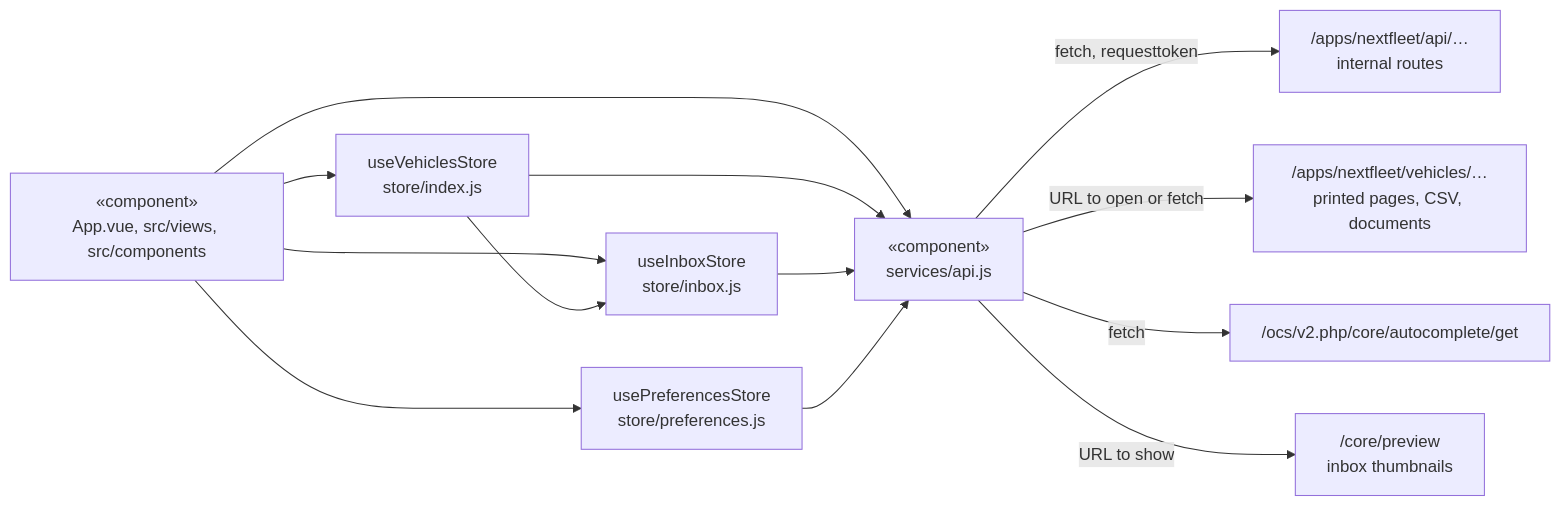
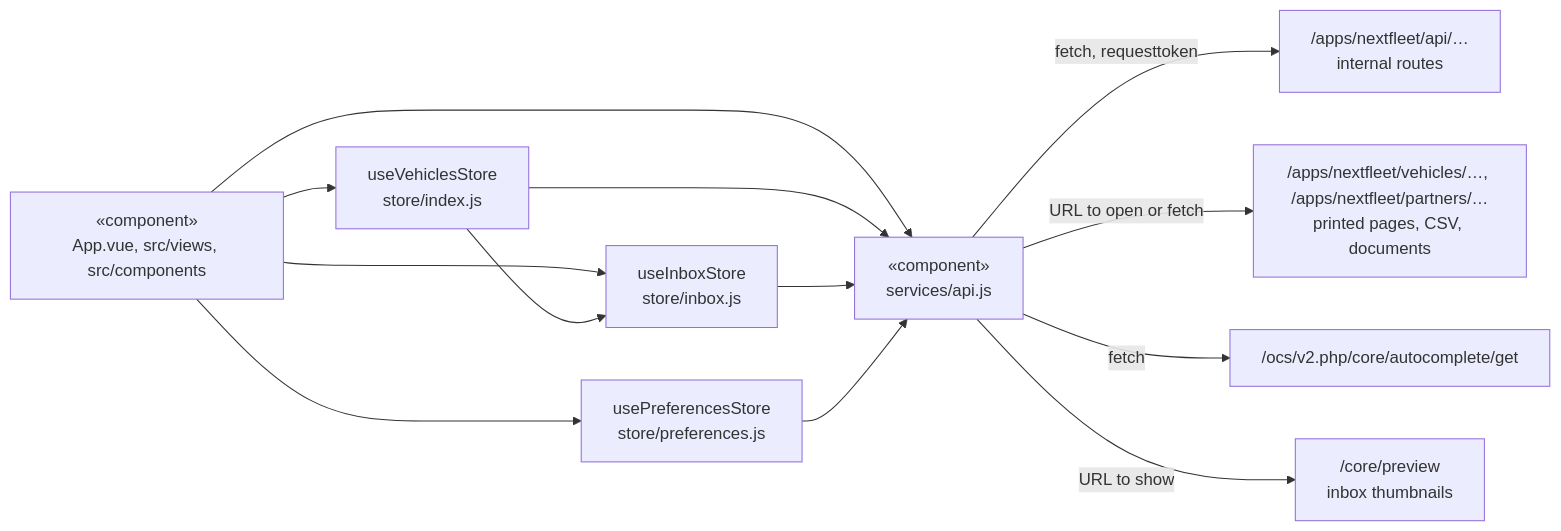
Diagram 11 of 12 in docs/design/components.md (typical42/next-fleet), drawn with Mermaid before and after one commit. The commit also changed other lines of this file and 205 other files, not shown here.

````diff
--- a/docs/design/components.md
+++ b/docs/design/components.md
@@ -320,20 +364,20 @@
 ```mermaid
 flowchart LR
     Screens["«component»<br/>App.vue, src/views, src/components"]
     Vehicles["useVehiclesStore<br/>store/index.js"]
     InboxStore["useInboxStore<br/>store/inbox.js"]
     Prefs["usePreferencesStore<br/>store/preferences.js"]
     api["«component»<br/>services/api.js"]
     internal["/apps/nextfleet/api/…<br/>internal routes"]
-    pages["/apps/nextfleet/vehicles/…<br/>printed pages, CSV, documents"]
+    pages["/apps/nextfleet/vehicles/…, /apps/nextfleet/partners/…<br/>printed pages, CSV, documents"]
     core["/ocs/v2.php/core/autocomplete/get"]
     preview["/core/preview<br/>inbox thumbnails"]
     Screens --> Vehicles & InboxStore & Prefs
     Screens --> api
     Vehicles --> InboxStore
     Vehicles & InboxStore & Prefs --> api
     api -->|fetch, requesttoken| internal
     api -->|URL to open or fetch| pages
     api -->|fetch| core
     api -->|URL to show| preview
 ```
````
